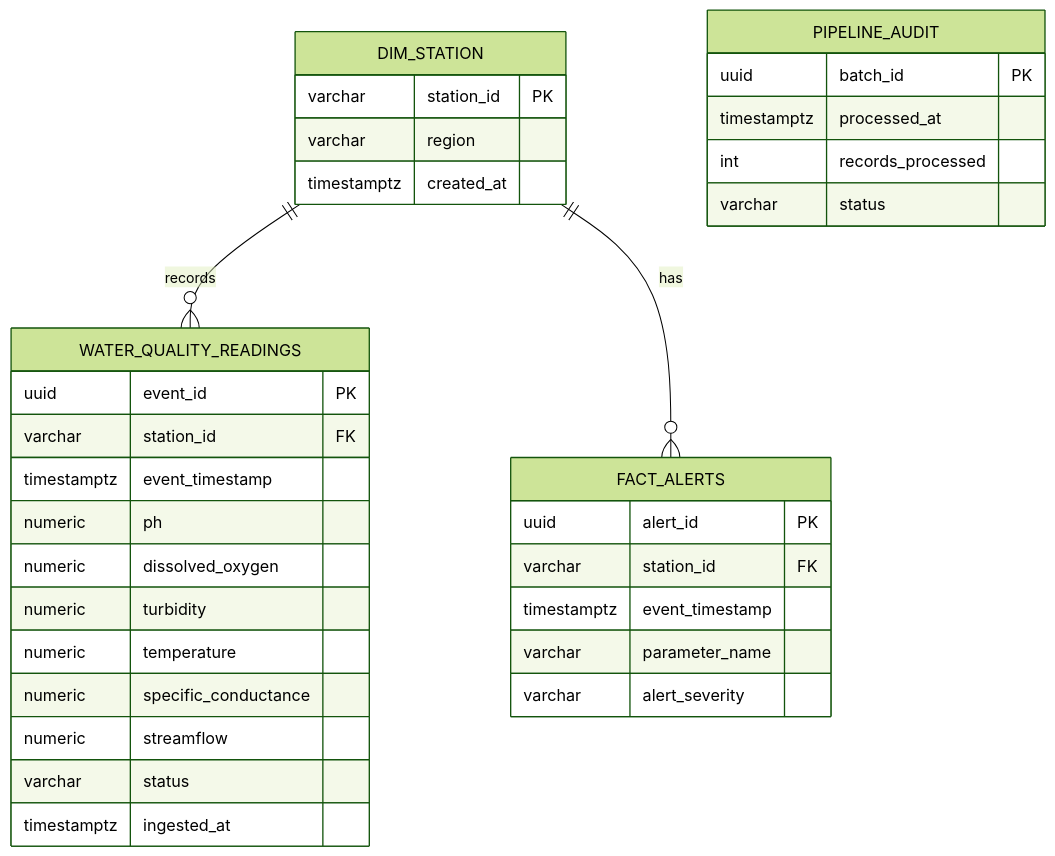
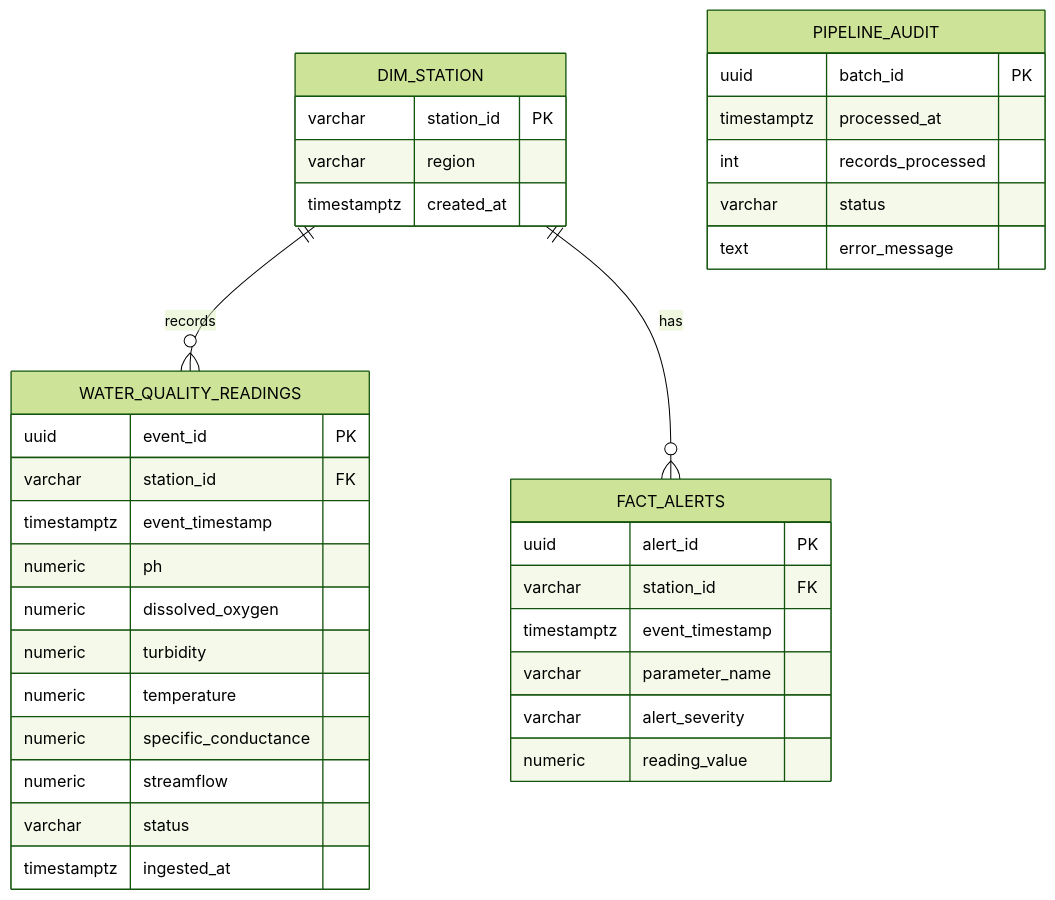
The fifth of 8 diagrams in README.md (ritam-05/water-quality-etl), drawn with Mermaid (forest theme) before and after one commit. The commit also changed other lines of this file, not shown here.

````diff
--- a/README.md
+++ b/README.md
@@ -76,37 +203,39 @@
 ```mermaid
 erDiagram
     DIM_STATION ||--o{ WATER_QUALITY_READINGS : records
     DIM_STATION ||--o{ FACT_ALERTS : has
 
     DIM_STATION {
         varchar station_id PK
         varchar region
         timestamptz created_at
     }
     WATER_QUALITY_READINGS {
         uuid event_id PK
         varchar station_id FK
         timestamptz event_timestamp
         numeric ph
         numeric dissolved_oxygen
         numeric turbidity
         numeric temperature
         numeric specific_conductance
         numeric streamflow
         varchar status
         timestamptz ingested_at
     }
     PIPELINE_AUDIT {
         uuid batch_id PK
         timestamptz processed_at
         int records_processed
         varchar status
+        text error_message
     }
     FACT_ALERTS {
         uuid alert_id PK
         varchar station_id FK
         timestamptz event_timestamp
         varchar parameter_name
         varchar alert_severity
+        numeric reading_value
     }
 ```
````
